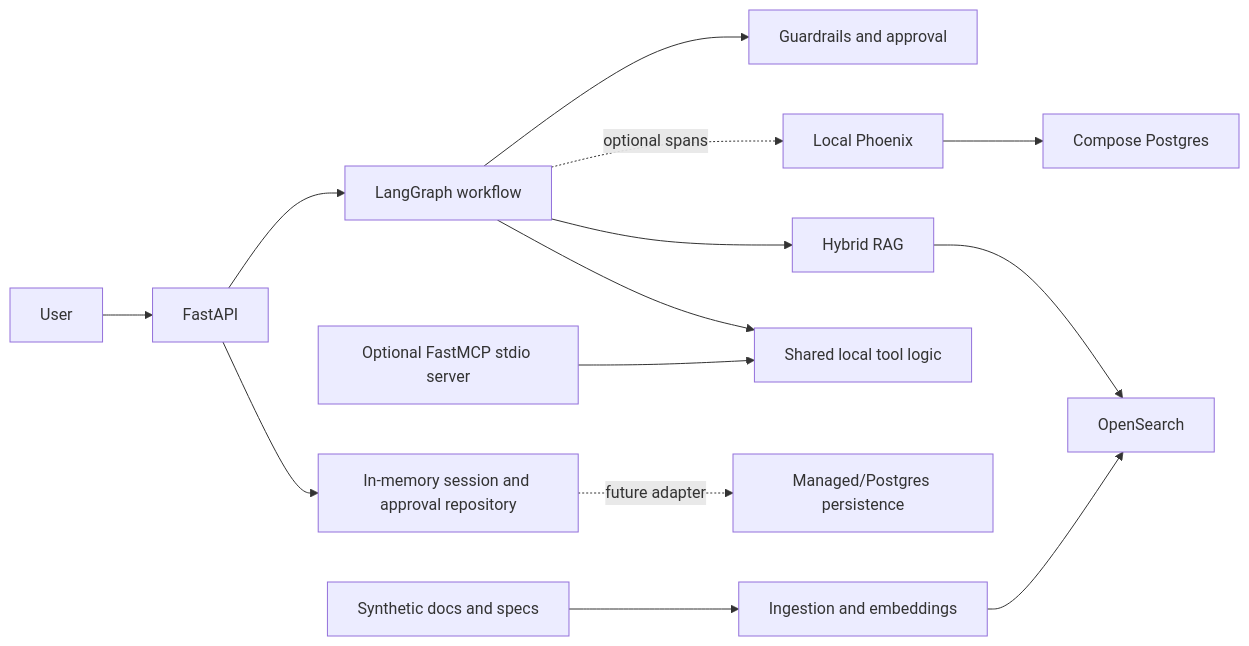
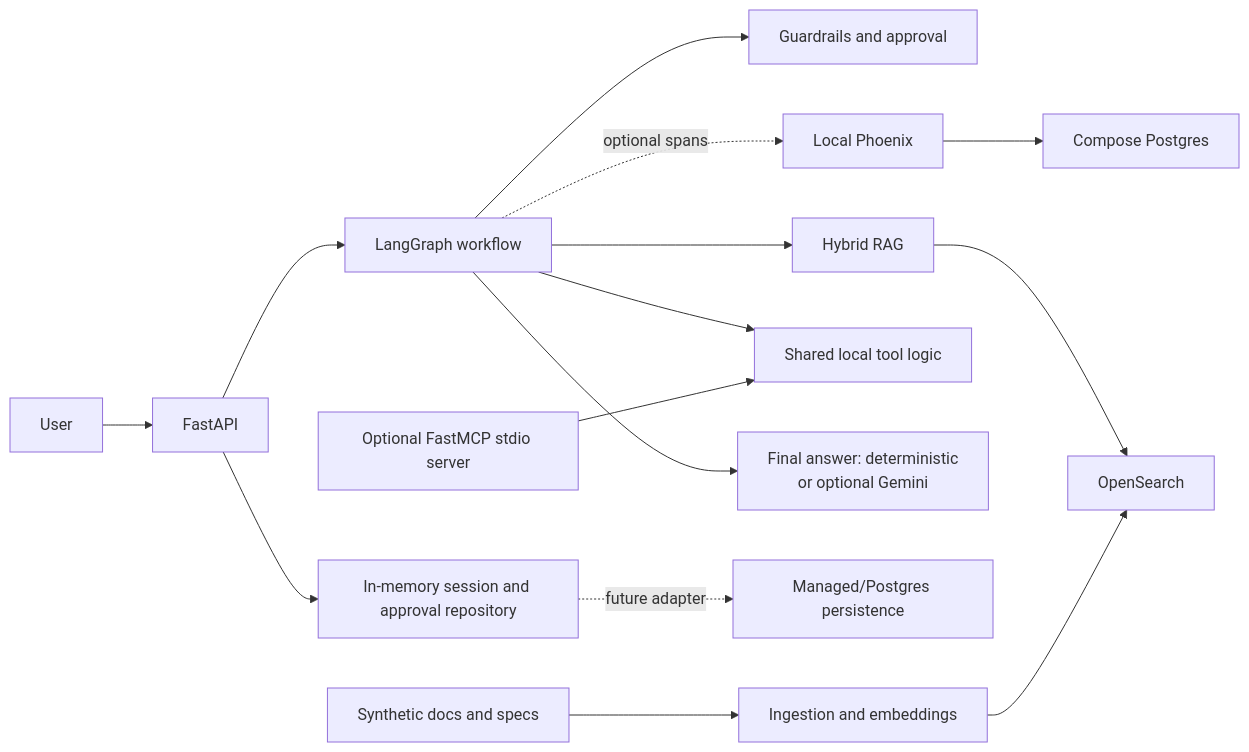
The first of 2 diagrams in docs/architecture.md (tonih23/enterprise-api-intelligence-agent), drawn with Mermaid before and after one commit. The commit also changed other lines of this file and 22 other files, not shown here.

Commit message:
Add optional Gemini answer synthesis

````diff
--- a/docs/architecture.md
+++ b/docs/architecture.md
@@ -13,16 +13,17 @@
 ```mermaid
 flowchart LR
     User["User"] --> API["FastAPI"]
     API --> Graph["LangGraph workflow"]
     Graph --> Guard["Guardrails and approval"]
     Graph --> RAG["Hybrid RAG"]
     RAG --> OS["OpenSearch"]
     Corpus["Synthetic docs and specs"] --> Ingest["Ingestion and embeddings"]
     Ingest --> OS
     Graph --> Tools["Shared local tool logic"]
+    Graph --> Answer["Final answer: deterministic<br/>or optional Gemini"]
     MCP["Optional FastMCP stdio server"] --> Tools
     API --> Repo["In-memory session and approval repository"]
     Repo -. "future adapter" .-> PG["Managed/Postgres persistence"]
     Graph -. "optional spans" .-> Phoenix["Local Phoenix"]
     Phoenix --> LocalPG["Compose Postgres"]
 ```
````
